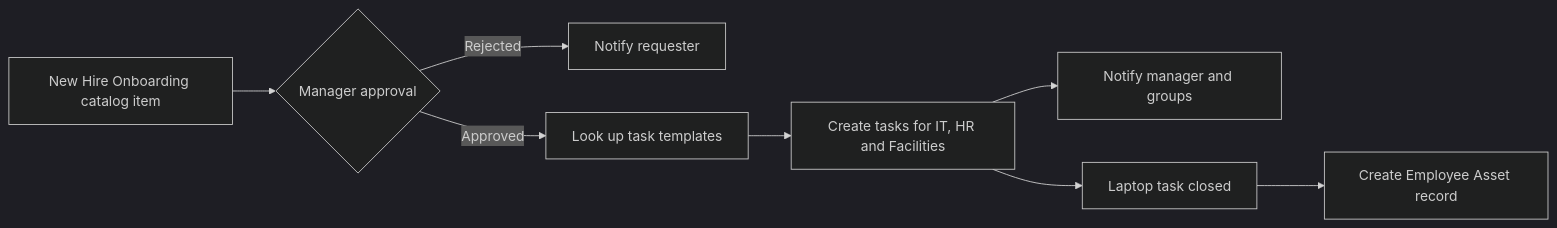
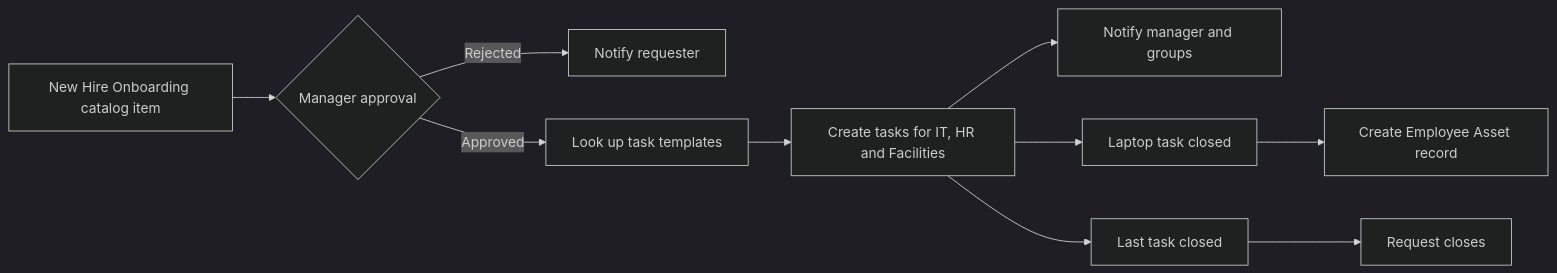
Before and after one commit to AdityaJoshi-14/ServiceNow-Employee-OnBoarding: the diagram in README.md, drawn with Mermaid (dark theme). The commit also changed other lines of this file and 17 other files, not shown here.

Commit message:
Sprint 2: flow automation, scripts, docs and update set

````diff
--- a/README.md
+++ b/README.md
@@ -34,10 +34,12 @@
 ```mermaid
 flowchart LR
     A[New Hire Onboarding catalog item] --> B{Manager approval}
     B -- Rejected --> C[Notify requester]
     B -- Approved --> D[Look up task templates]
     D --> E[Create tasks for IT, HR and Facilities]
     E --> F[Notify manager and groups]
     E --> G[Laptop task closed]
     G --> H[Create Employee Asset record]
+    E --> I[Last task closed]
+    I --> J[Request closes]
 ```
````
